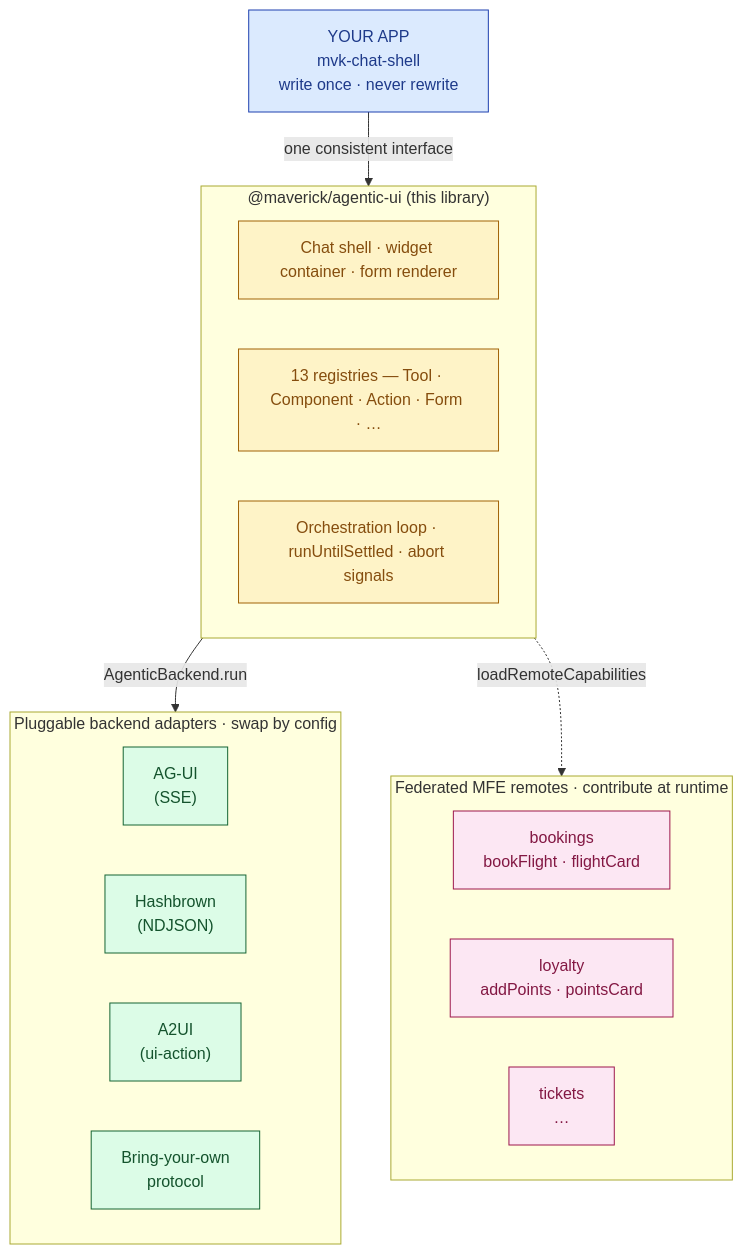
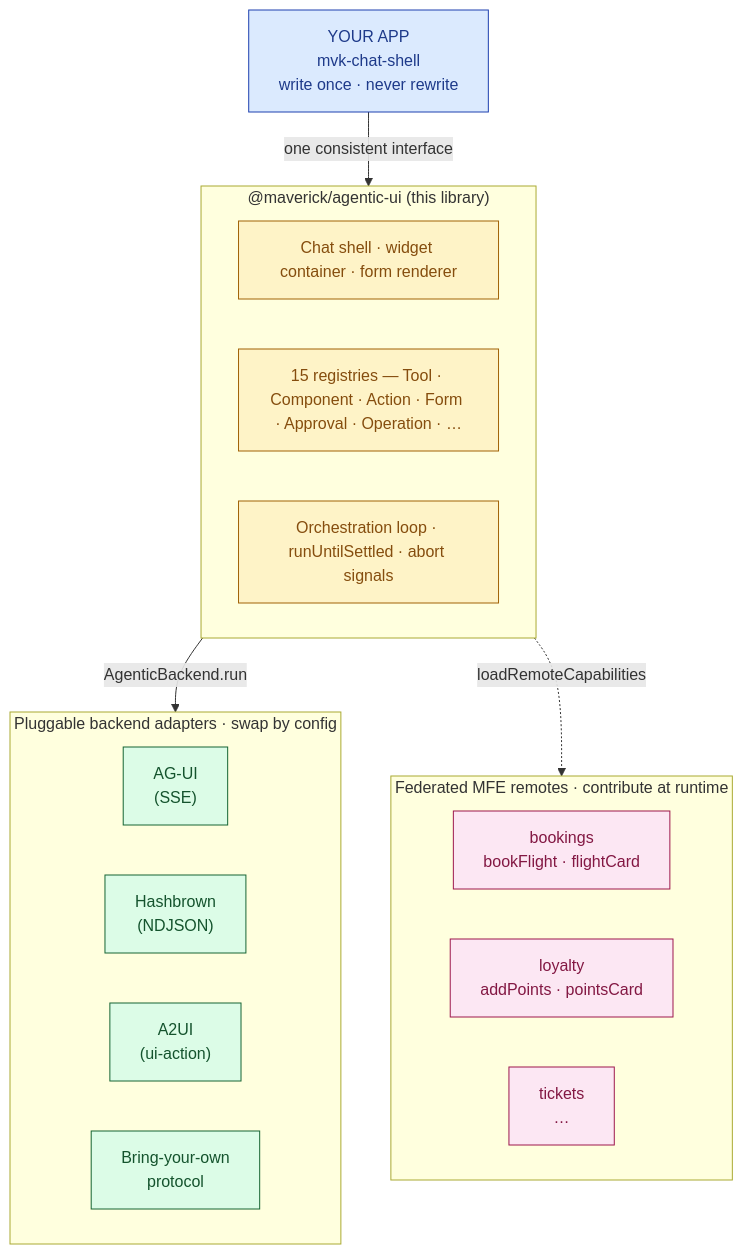
Before and after one commit to sahassakhare/agentic-ui: the diagram in docs/assets/agentic-ui-architecture.mmd, drawn with Mermaid. The commit also changed 108 other files, not shown here.

```diff
--- a/docs/assets/agentic-ui-architecture.mmd
+++ b/docs/assets/agentic-ui-architecture.mmd
@@ -1,30 +1,30 @@
 flowchart TB
     classDef app fill:#dbeafe,stroke:#1e40af,stroke-width:1px,color:#1e3a8a
     classDef lib fill:#fef3c7,stroke:#a16207,stroke-width:1px,color:#854d0e
     classDef adapter fill:#dcfce7,stroke:#166534,stroke-width:1px,color:#14532d
     classDef remote fill:#fce7f3,stroke:#9d174d,stroke-width:1px,color:#831843
 
     APP["YOUR APP<br/>mvk-chat-shell<br/>write once · never rewrite"]:::app
 
     subgraph LIB["@maverick/agentic-ui (this library)"]
         L1["Chat shell · widget container · form renderer"]:::lib
-        L2["13 registries — Tool · Component · Action · Form · …"]:::lib
+        L2["15 registries — Tool · Component · Action · Form · Approval · Operation · …"]:::lib
         L3["Orchestration loop · runUntilSettled · abort signals"]:::lib
     end
 
     subgraph PROTO["Pluggable backend adapters · swap by config"]
         AG["AG-UI<br/>(SSE)"]:::adapter
         HB["Hashbrown<br/>(NDJSON)"]:::adapter
         A2["A2UI<br/>(ui-action)"]:::adapter
         BYO["Bring-your-own<br/>protocol"]:::adapter
     end
 
     subgraph MFE["Federated MFE remotes · contribute at runtime"]
         R1["bookings<br/>bookFlight · flightCard"]:::remote
         R2["loyalty<br/>addPoints · pointsCard"]:::remote
         R3["tickets<br/>…"]:::remote
     end
 
     APP -->|one consistent interface| LIB
     LIB -->|AgenticBackend.run| PROTO
     LIB -.->|loadRemoteCapabilities| MFE
```
